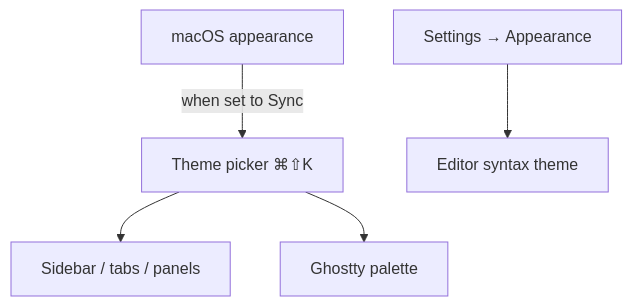
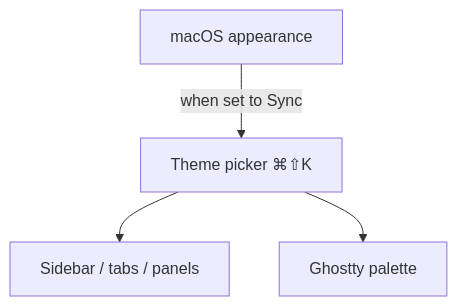
The diagram in docs/features/themes.md (muxy-app/muxy), drawn with Mermaid before and after one commit. The commit also changed other lines of this file and 132 other files, not shown here.

Commit message:
Remove built-in editor, markdown/mermaid viewer, image viewer, and file opener

````diff
--- a/docs/features/themes.md
+++ b/docs/features/themes.md
@@ -5,7 +5,6 @@
 ```mermaid
 flowchart TB
   System[macOS appearance] -->|when set to Sync| Picker
   Picker[Theme picker ⌘⇧K] --> Chrome[Sidebar / tabs / panels]
   Picker --> Terminal[Ghostty palette]
-  Settings[Settings → Appearance] --> Syntax[Editor syntax theme]
 ```
````
